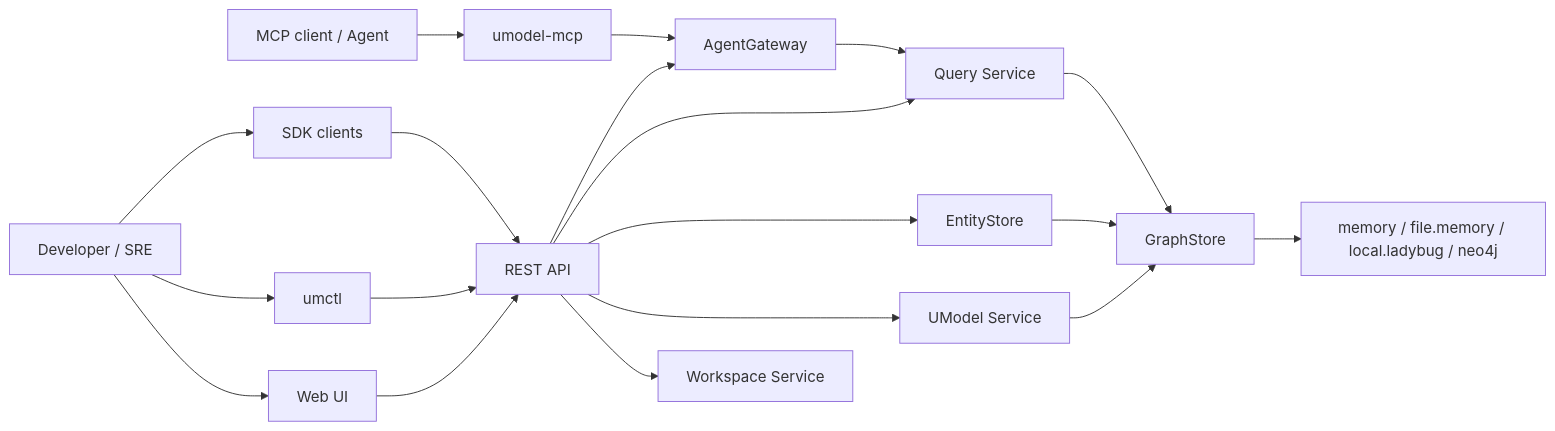
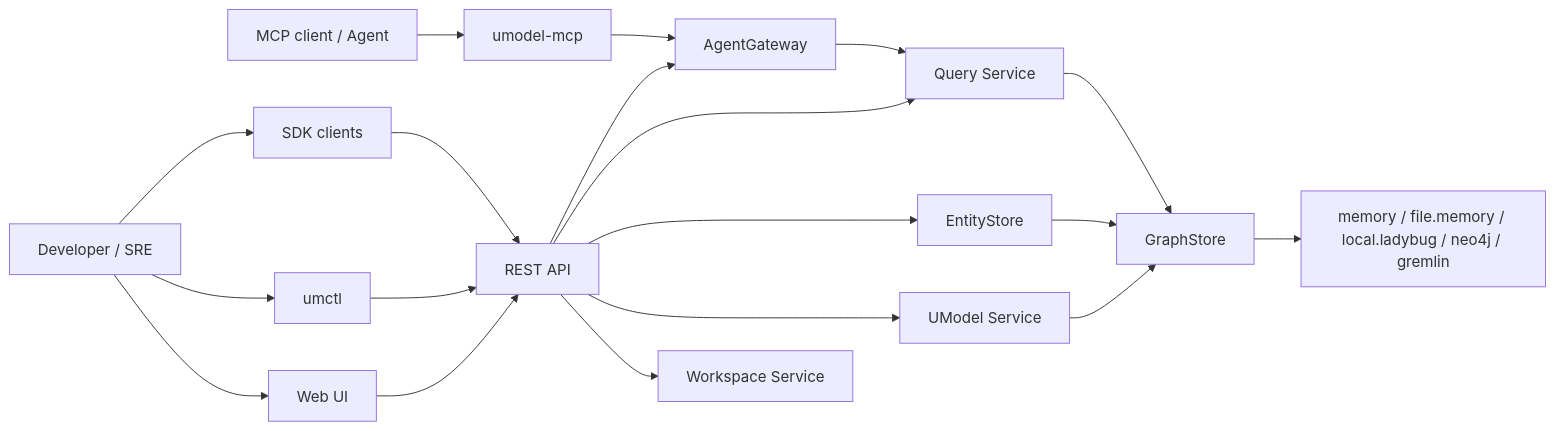
Before and after one commit to alibaba/UnifiedModel: the diagram in docs/en/architecture/overview.md, drawn with Mermaid. The commit also changed other lines of this file and 76 other files, not shown here.

First line of the commit message:
feat(graphstore): add Gremlin provider and acceptance matrix (#114)

````diff
--- a/docs/en/architecture/overview.md
+++ b/docs/en/architecture/overview.md
@@ -10,36 +10,36 @@
 ```mermaid
 flowchart LR
   Developer["Developer / SRE"]
   Agent["MCP client / Agent"]
   Web["Web UI"]
   CLI["umctl"]
   SDK["SDK clients"]
   MCP["umodel-mcp"]
   REST["REST API"]
   Workspace["Workspace Service"]
   UModel["UModel Service"]
   EntityStore["EntityStore"]
   Query["Query Service"]
   AgentGateway["AgentGateway"]
   GraphStore["GraphStore"]
-  Provider["memory / file.memory / local.ladybug / neo4j"]
+  Provider["memory / file.memory / local.ladybug / neo4j / gremlin"]
 
   Developer --> Web
   Developer --> CLI
   Developer --> SDK
   Agent --> MCP
   Web --> REST
   CLI --> REST
   SDK --> REST
   MCP --> AgentGateway
   REST --> Workspace
   REST --> UModel
   REST --> EntityStore
   REST --> Query
   REST --> AgentGateway
   UModel --> GraphStore
   EntityStore --> GraphStore
   Query --> GraphStore
   AgentGateway --> Query
   GraphStore --> Provider
 ```
````
